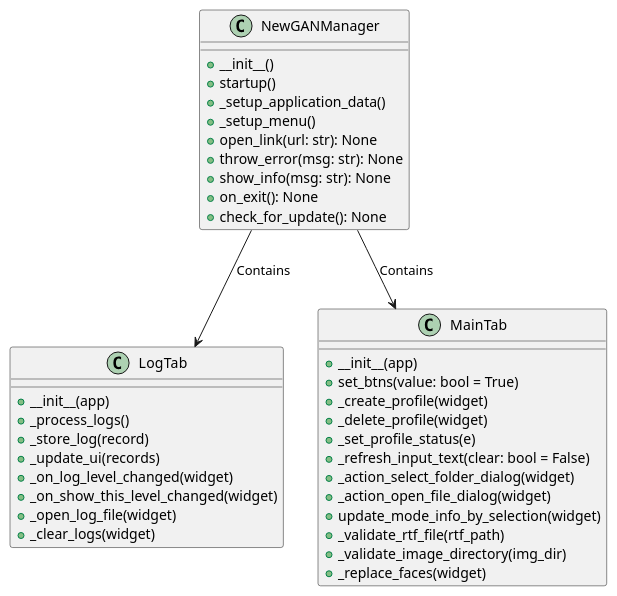
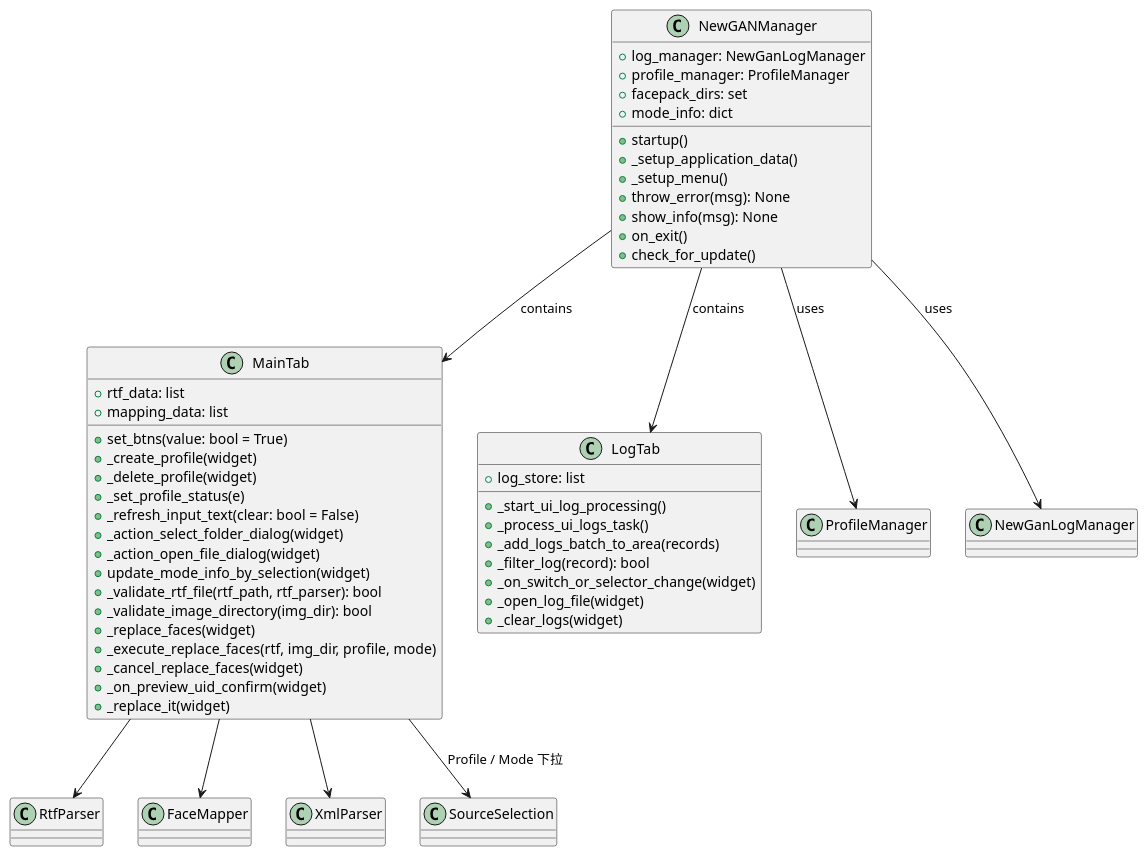
One commit to huangzhanhao/NewGAN-Manager-ByHzH changed the second of 2 diagrams in src/newganmanager/README.md. Above: the diagram before and after it, drawn with PlantUML. The commit also changed other lines of this file and 19 other files, not shown here.

First line of the commit message:
refactor(resources): 更新应用图标资源并完善项目文档

````diff
--- a/src/newganmanager/README.md
+++ b/src/newganmanager/README.md
@@ -129,44 +226,57 @@
 ```plantuml
 @startuml
 class NewGANManager {
-  +__init__()
+  +log_manager: NewGanLogManager
+  +profile_manager: ProfileManager
+  +facepack_dirs: set
+  +mode_info: dict
   +startup()
   +_setup_application_data()
   +_setup_menu()
-  +open_link(url: str): None
-  +throw_error(msg: str): None
-  +show_info(msg: str): None
-  +on_exit(): None
-  +check_for_update(): None
-}
-
-class LogTab {
-  +__init__(app)
-  +_process_logs()
-  +_store_log(record)
-  +_update_ui(records)
-  +_on_log_level_changed(widget)
-  +_on_show_this_level_changed(widget)
-  +_open_log_file(widget)
-  +_clear_logs(widget)
+  +throw_error(msg): None
+  +show_info(msg): None
+  +on_exit()
+  +check_for_update()
 }
 
 class MainTab {
-  +__init__(app)
+  +rtf_data: list
+  +mapping_data: list
   +set_btns(value: bool = True)
   +_create_profile(widget)
   +_delete_profile(widget)
   +_set_profile_status(e)
   +_refresh_input_text(clear: bool = False)
   +_action_select_folder_dialog(widget)
   +_action_open_file_dialog(widget)
   +update_mode_info_by_selection(widget)
-  +_validate_rtf_file(rtf_path)
-  +_validate_image_directory(img_dir)
+  +_validate_rtf_file(rtf_path, rtf_parser): bool
+  +_validate_image_directory(img_dir): bool
   +_replace_faces(widget)
+  +_execute_replace_faces(rtf, img_dir, profile, mode)
+  +_cancel_replace_faces(widget)
+  +_on_preview_uid_confirm(widget)
+  +_replace_it(widget)
 }
 
-NewGANManager --> LogTab : Contains
-NewGANManager --> MainTab : Contains
+class LogTab {
+  +log_store: list
+  +_start_ui_log_processing()
+  +_process_ui_logs_task()
+  +_add_logs_batch_to_area(records)
+  +_filter_log(record): bool
+  +_on_switch_or_selector_change(widget)
+  +_open_log_file(widget)
+  +_clear_logs(widget)
+}
+
+NewGANManager --> MainTab : contains
+NewGANManager --> LogTab : contains
+NewGANManager --> ProfileManager : uses
+NewGANManager --> NewGanLogManager : uses
+MainTab --> RtfParser
+MainTab --> FaceMapper
+MainTab --> XmlParser
+MainTab --> SourceSelection : Profile / Mode 下拉
 @enduml
 ```
````
